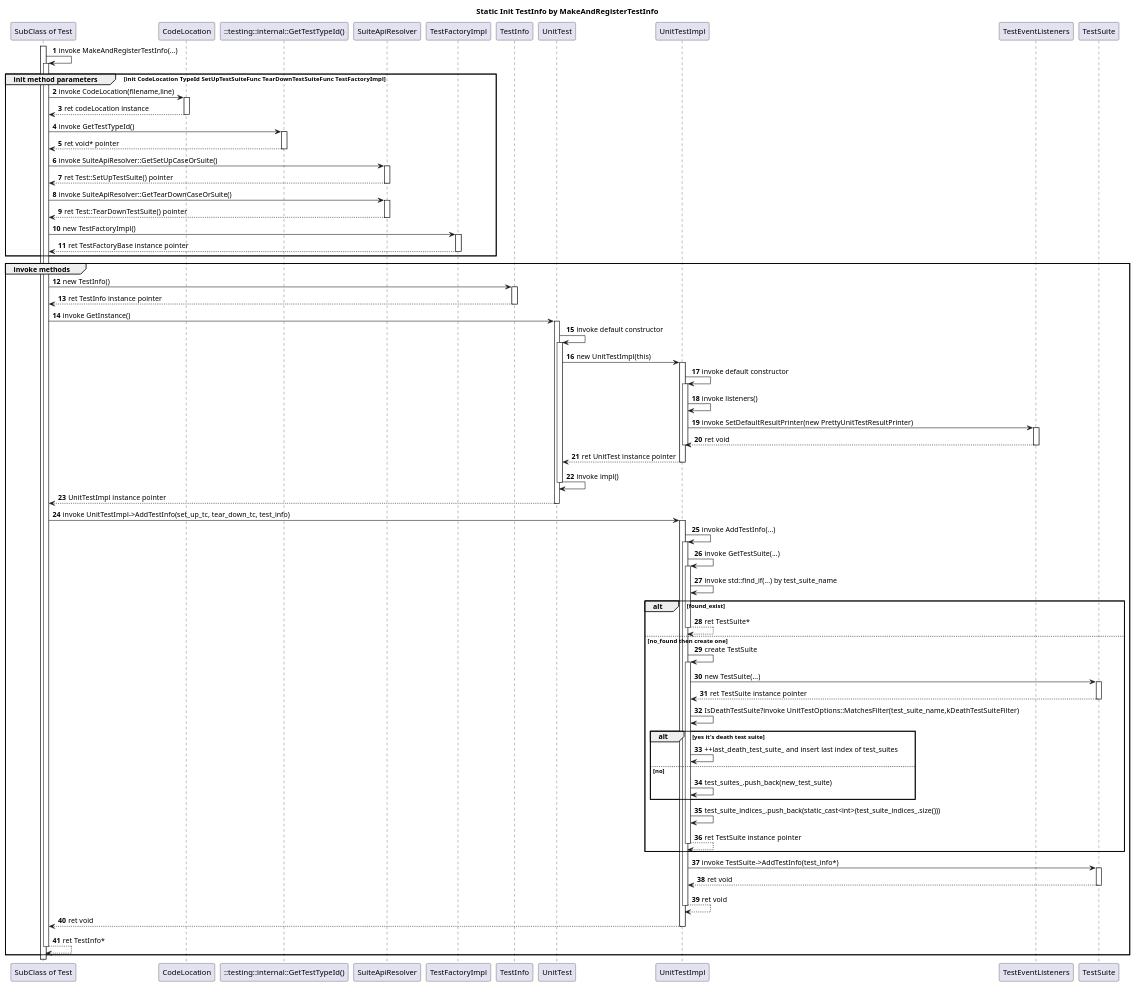
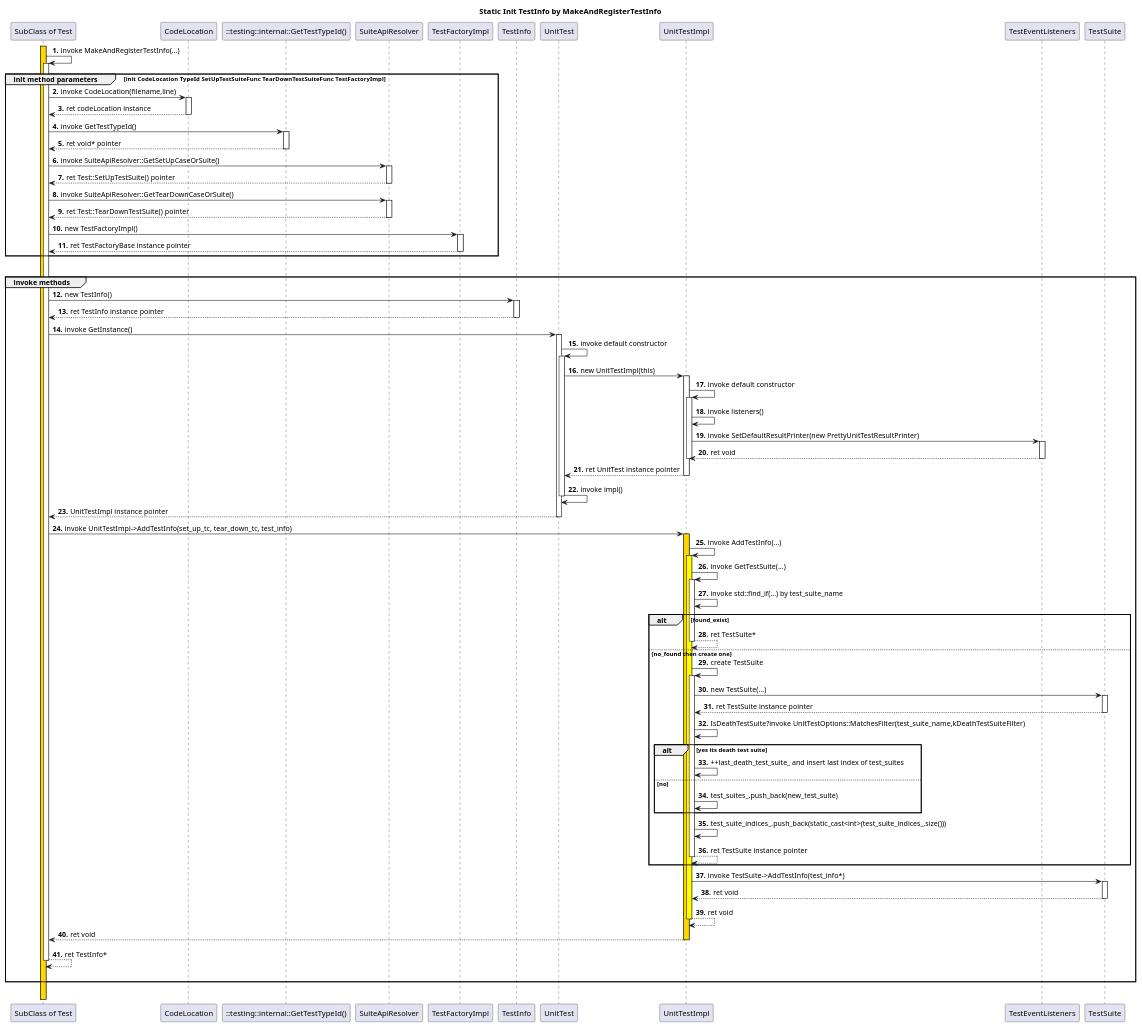
One commit to yanxueweicn/tdd_dev changed the diagram in uml_sequence_diagram.puml. Above: the diagram before and after it, drawn with PlantUML. The commit also changed 1 other file, not shown here.

Commit message:
更新uml类图

```diff
--- a/uml_sequence_diagram.puml
+++ b/uml_sequence_diagram.puml
@@ -1,75 +1,76 @@
 @startuml
 'https://plantuml.com/sequence-diagram
 title
  <b>Static Init TestInfo by MakeAndRegisterTestInfo
 end title
 
-participant "SubClass of Test" as Test
+participant "SubClass of Test"  as Test  order -2
 participant "CodeLocation"
 participant "::testing::internal::GetTestTypeId()" as TypeId
 participant "SuiteApiResolver"
 participant "TestFactoryImpl"
 participant "TestInfo"
 
-autonumber
+autonumber 1 1 "<b>."
 
-activate Test
+activate Test #gold
 Test -> Test ++ : invoke MakeAndRegisterTestInfo(...)
 
 group init method parameters [init CodeLocation TypeId SetUpTestSuiteFunc TearDownTestSuiteFunc TestFactoryImpl]
     Test ->  CodeLocation ++ : invoke CodeLocation(filename,line)
     return ret codeLocation instance
     Test -> TypeId ++ : invoke GetTestTypeId()
     return ret void* pointer
     Test -> SuiteApiResolver ++ : invoke SuiteApiResolver::GetSetUpCaseOrSuite()
     return ret Test::SetUpTestSuite() pointer
     Test -> SuiteApiResolver ++ : invoke SuiteApiResolver::GetTearDownCaseOrSuite()
     return ret Test::TearDownTestSuite() pointer
     Test -> TestFactoryImpl ++ : new TestFactoryImpl()
     return ret TestFactoryBase instance pointer
 end
-
+|||
 group invoke methods
     Test -> TestInfo ++ : new TestInfo()
     return ret TestInfo instance pointer
     Test -> UnitTest ++ : invoke GetInstance()
     UnitTest -> UnitTest ++ : invoke default constructor
     UnitTest -> UnitTestImpl ++ : new UnitTestImpl(this)
     UnitTestImpl -> UnitTestImpl ++ : invoke default constructor
     UnitTestImpl -> UnitTestImpl  : invoke listeners()
     UnitTestImpl -> TestEventListeners ++ : invoke SetDefaultResultPrinter(new PrettyUnitTestResultPrinter)
     return  ret void
     deactivate UnitTestImpl
     return ret UnitTest instance pointer
     UnitTest -> UnitTest -- : invoke impl()
     return UnitTestImpl instance pointer
-    Test -> UnitTestImpl ++ : invoke UnitTestImpl->AddTestInfo(set_up_tc, tear_down_tc, test_info)
-    UnitTestImpl -> UnitTestImpl ++ : invoke AddTestInfo(...)
+    Test -> UnitTestImpl ++ #gold : invoke UnitTestImpl->AddTestInfo(set_up_tc, tear_down_tc, test_info)
+    UnitTestImpl -> UnitTestImpl ++ #Yellow: invoke AddTestInfo(...)
     UnitTestImpl -> UnitTestImpl ++ : invoke GetTestSuite(...)
     UnitTestImpl -> UnitTestImpl  : invoke std::find_if(...) by test_suite_name
 
     alt  found_exist
         'UnitTestImpl -> UnitTestImpl  :  ret TestSuite*
         return  ret TestSuite*
     else no_found then create one
         UnitTestImpl -> UnitTestImpl ++ : create TestSuite
         UnitTestImpl -> TestSuite ++ : new TestSuite(...)
         return ret TestSuite instance pointer
         UnitTestImpl -> UnitTestImpl : IsDeathTestSuite?invoke UnitTestOptions::MatchesFilter(test_suite_name,kDeathTestSuiteFilter)
-        alt yes it's death test suite
+        alt yes its death test suite
             UnitTestImpl -> UnitTestImpl : ++last_death_test_suite_ and insert last index of test_suites
         else no
             UnitTestImpl -> UnitTestImpl : test_suites_.push_back(new_test_suite)
         end
         UnitTestImpl -> UnitTestImpl : test_suite_indices_.push_back(static_cast<int>(test_suite_indices_.size()))
         return ret TestSuite instance pointer
     end
     UnitTestImpl -> TestSuite ++ : invoke TestSuite->AddTestInfo(test_info*)
     return ret void
     return ret void
     return ret void
     return ret TestInfo*
+    |||
 end
-
+|||
 
 @enduml
```
